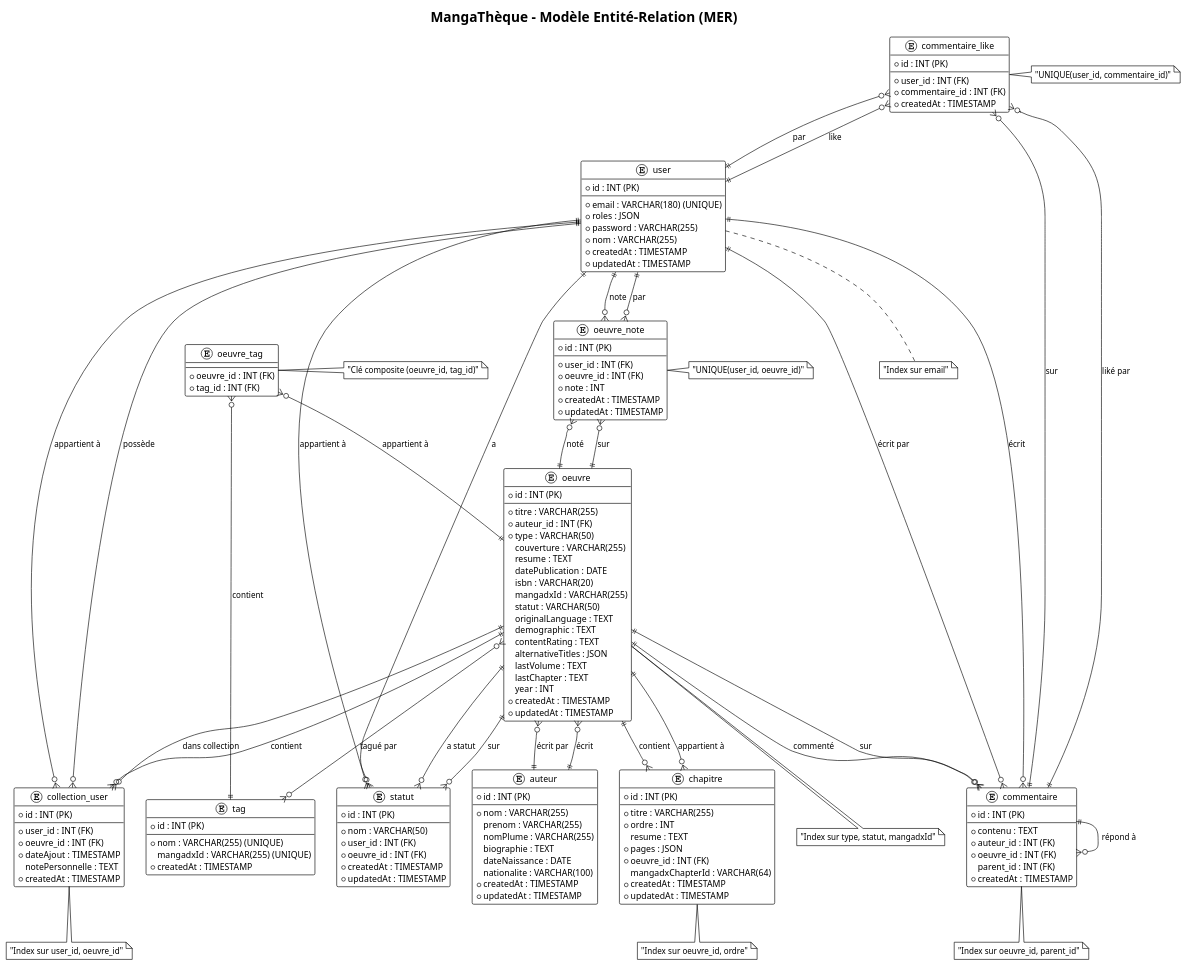
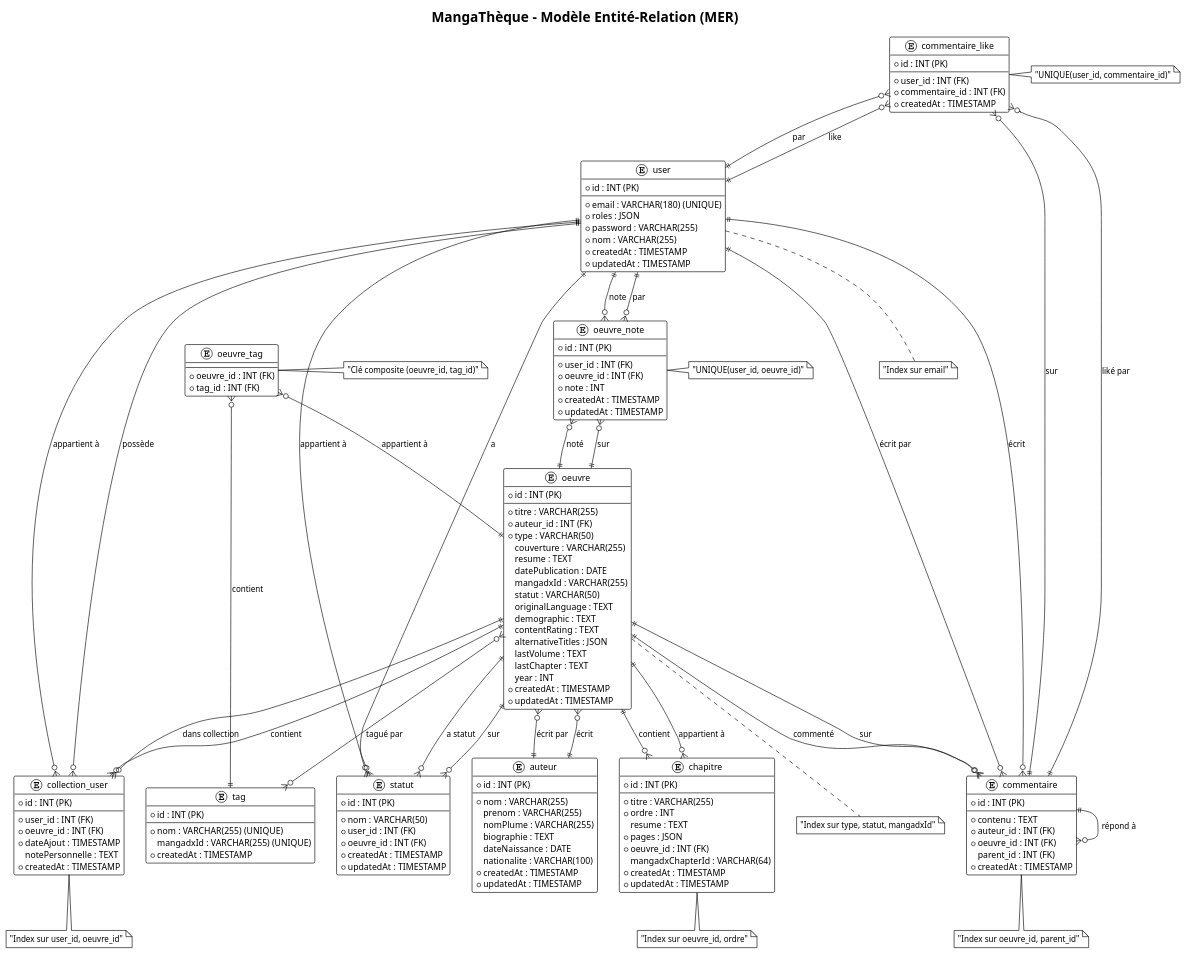
Before and after one commit to francissombouth/manga: the diagram in mer_mangatheque.puml, drawn with PlantUML. The commit also changed 23 other files, not shown here.

```diff
--- a/mer_mangatheque.puml
+++ b/mer_mangatheque.puml
@@ -1,194 +1,193 @@
 @startuml MangaThèque - Modèle Entité-Relation (MER)
 
 !theme plain
 skinparam backgroundColor #FFFFFF
 skinparam entityBackgroundColor #E3F2FD
 skinparam entityBorderColor #1976D2
 skinparam entityFontSize 11
 skinparam entityFontName Arial
 skinparam relationshipFontSize 10
 skinparam relationshipFontName Arial
 
 title MangaThèque - Modèle Entité-Relation (MER)
 
 ' ===== ENTITÉS =====
 
 entity "user" {
   * id : INT (PK)
   --
   * email : VARCHAR(180) (UNIQUE)
   * roles : JSON
   * password : VARCHAR(255)
   * nom : VARCHAR(255)
   * createdAt : TIMESTAMP
   * updatedAt : TIMESTAMP
 }
 
 entity "auteur" {
   * id : INT (PK)
   --
   * nom : VARCHAR(255)
   prenom : VARCHAR(255)
   nomPlume : VARCHAR(255)
   biographie : TEXT
   dateNaissance : DATE
   nationalite : VARCHAR(100)
   * createdAt : TIMESTAMP
   * updatedAt : TIMESTAMP
 }
 
 entity "oeuvre" {
   * id : INT (PK)
   --
   * titre : VARCHAR(255)
   * auteur_id : INT (FK)
   * type : VARCHAR(50)
   couverture : VARCHAR(255)
   resume : TEXT
   datePublication : DATE
-  isbn : VARCHAR(20)
   mangadxId : VARCHAR(255)
   statut : VARCHAR(50)
   originalLanguage : TEXT
   demographic : TEXT
   contentRating : TEXT
   alternativeTitles : JSON
   lastVolume : TEXT
   lastChapter : TEXT
   year : INT
   * createdAt : TIMESTAMP
   * updatedAt : TIMESTAMP
 }
 
 entity "chapitre" {
   * id : INT (PK)
   --
   * titre : VARCHAR(255)
   * ordre : INT
   resume : TEXT
   * pages : JSON
   * oeuvre_id : INT (FK)
   mangadxChapterId : VARCHAR(64)
   * createdAt : TIMESTAMP
   * updatedAt : TIMESTAMP
 }
 
 entity "tag" {
   * id : INT (PK)
   --
   * nom : VARCHAR(255) (UNIQUE)
   mangadxId : VARCHAR(255) (UNIQUE)
   * createdAt : TIMESTAMP
 }
 
 entity "oeuvre_tag" {
   * oeuvre_id : INT (FK)
   * tag_id : INT (FK)
 }
 
 entity "collection_user" {
   * id : INT (PK)
   --
   * user_id : INT (FK)
   * oeuvre_id : INT (FK)
   * dateAjout : TIMESTAMP
   notePersonnelle : TEXT
   * createdAt : TIMESTAMP
 }
 
 entity "statut" {
   * id : INT (PK)
   --
   * nom : VARCHAR(50)
   * user_id : INT (FK)
   * oeuvre_id : INT (FK)
   * createdAt : TIMESTAMP
   * updatedAt : TIMESTAMP
 }
 
 entity "commentaire" {
   * id : INT (PK)
   --
   * contenu : TEXT
   * auteur_id : INT (FK)
   * oeuvre_id : INT (FK)
   parent_id : INT (FK)
   * createdAt : TIMESTAMP
 }
 
 entity "commentaire_like" {
   * id : INT (PK)
   --
   * user_id : INT (FK)
   * commentaire_id : INT (FK)
   * createdAt : TIMESTAMP
 }
 
 entity "oeuvre_note" {
   * id : INT (PK)
   --
   * user_id : INT (FK)
   * oeuvre_id : INT (FK)
   * note : INT
   * createdAt : TIMESTAMP
   * updatedAt : TIMESTAMP
 }
 
 ' ===== RELATIONS =====
 
 ' Relations One-to-Many
 user ||--o{ collection_user : "possède"
 user ||--o{ statut : "a"
 user ||--o{ commentaire : "écrit"
 user ||--o{ commentaire_like : "like"
 user ||--o{ oeuvre_note : "note"
 
 auteur ||--o{ oeuvre : "écrit"
 
 oeuvre ||--o{ chapitre : "contient"
 oeuvre ||--o{ collection_user : "dans collection"
 oeuvre ||--o{ statut : "a statut"
 oeuvre ||--o{ commentaire : "commenté"
 oeuvre ||--o{ oeuvre_note : "noté"
 
 commentaire ||--o{ commentaire : "répond à"
 commentaire ||--o{ commentaire_like : "liké par"
 
 ' Relations Many-to-Many
 oeuvre }o--o{ tag : "tagué par"
 oeuvre_tag }o--|| oeuvre : "appartient à"
 oeuvre_tag }o--|| tag : "contient"
 
 ' Relations Many-to-One
 collection_user }o--|| user : "appartient à"
 collection_user }o--|| oeuvre : "contient"
 
 statut }o--|| user : "appartient à"
 statut }o--|| oeuvre : "sur"
 
 commentaire }o--|| user : "écrit par"
 commentaire }o--|| oeuvre : "sur"
 
 commentaire_like }o--|| user : "par"
 commentaire_like }o--|| commentaire : "sur"
 
 oeuvre_note }o--|| user : "par"
 oeuvre_note }o--|| oeuvre : "sur"
 
 chapitre }o--|| oeuvre : "appartient à"
 
 oeuvre }o--|| auteur : "écrit par"
 
 ' ===== CONTRAINTES =====
 note right of commentaire_like : "UNIQUE(user_id, commentaire_id)"
 note right of oeuvre_note : "UNIQUE(user_id, oeuvre_id)"
 note right of oeuvre_tag : "Clé composite (oeuvre_id, tag_id)"
 
 ' ===== INDEX SUGGESTIONS =====
 note bottom of user : "Index sur email"
 note bottom of oeuvre : "Index sur type, statut, mangadxId"
 note bottom of chapitre : "Index sur oeuvre_id, ordre"
 note bottom of commentaire : "Index sur oeuvre_id, parent_id"
 note bottom of collection_user : "Index sur user_id, oeuvre_id"
 
 @enduml 
```
